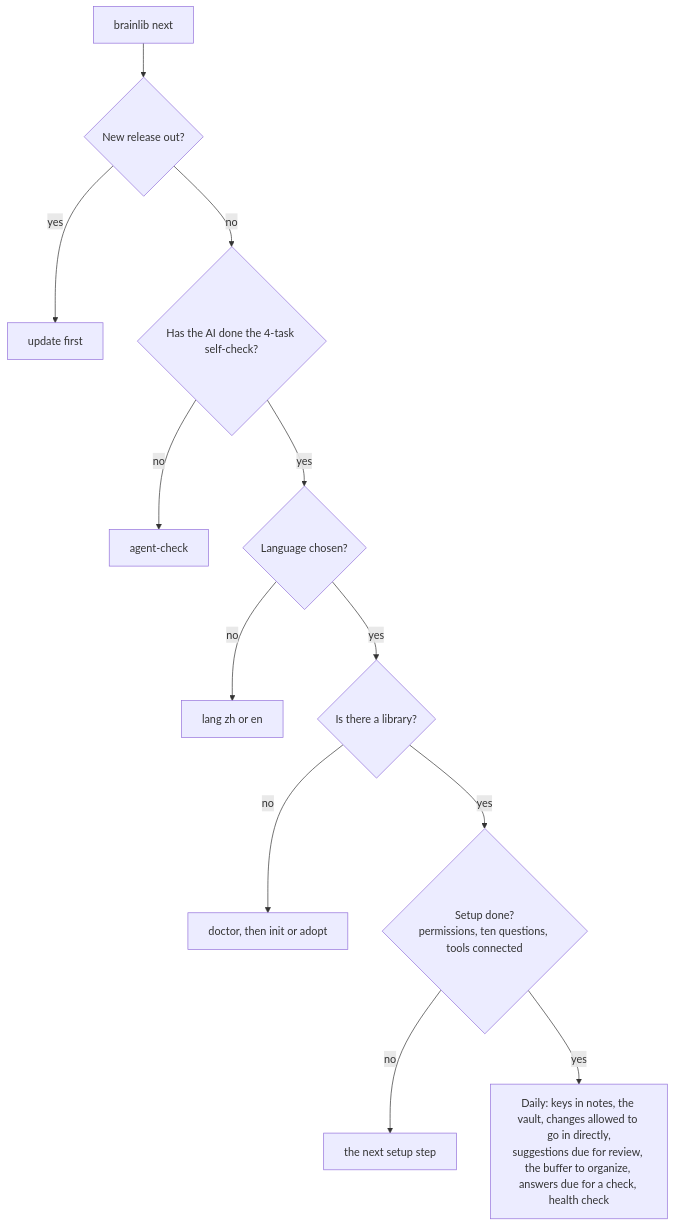
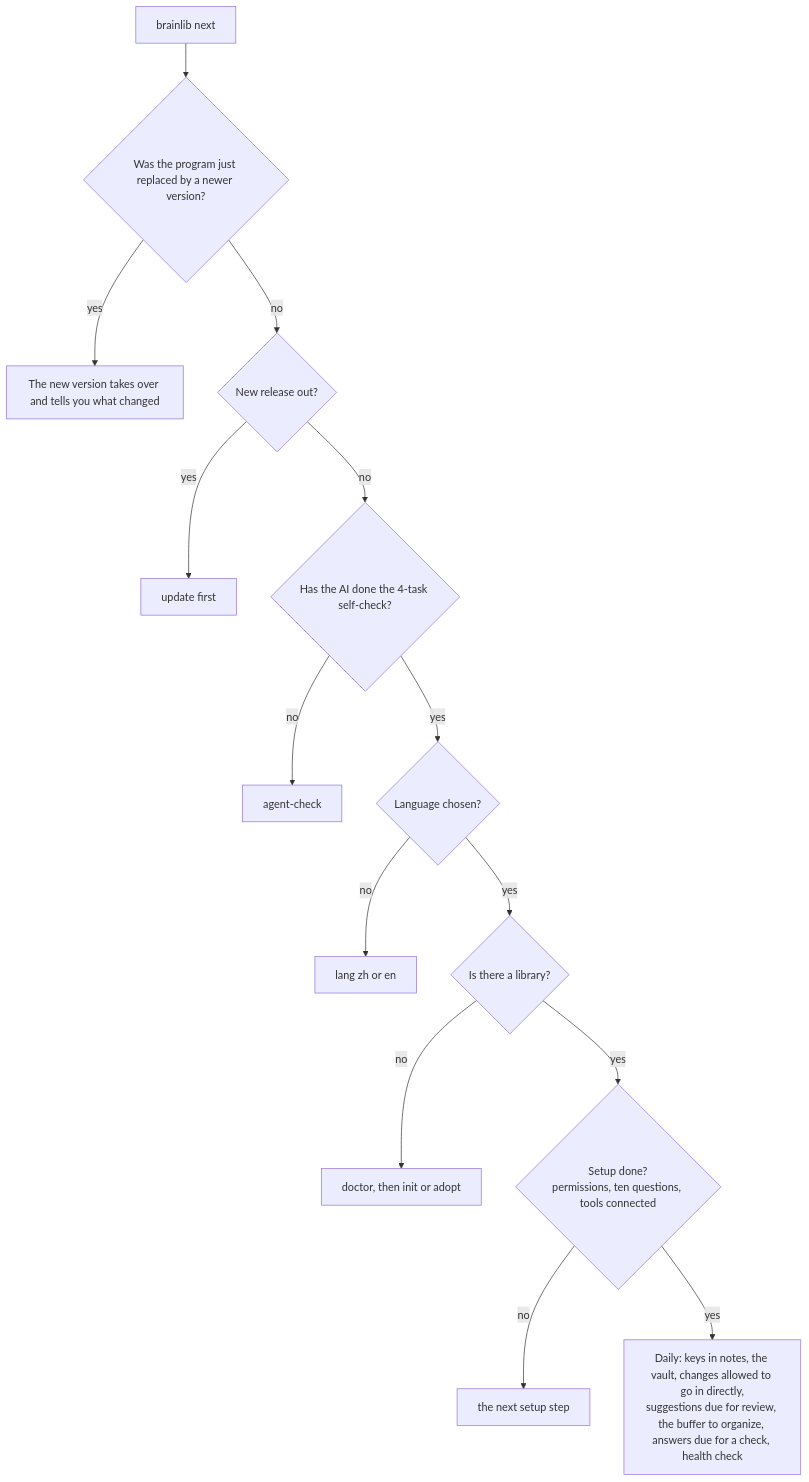
One commit to mingweima/brainlib changed the fourth of 5 diagrams in README.en.md. Above: the diagram before and after it, drawn with Mermaid. The commit also changed other lines of this file and 11 other files, not shown here.

````diff
--- a/README.en.md
+++ b/README.en.md
@@ -186,14 +186,16 @@
 ```mermaid
 flowchart TD
-    S["brainlib next"] --> UP{"New release out?"}
+    S["brainlib next"] --> NEW{"Was the program just replaced by a newer version?"}
+    NEW -->|"yes"| TELL["The new version takes over and tells you what changed"]
+    NEW -->|"no"| UP{"New release out?"}
     UP -->|"yes"| U["update first"]
     UP -->|"no"| AC{"Has the AI done the 4-task self-check?"}
     AC -->|"no"| ACK["agent-check"]
     AC -->|"yes"| LG{"Language chosen?"}
     LG -->|"no"| L["lang zh or en"]
     LG -->|"yes"| LB{"Is there a library?"}
     LB -->|"no"| IN["doctor, then init or adopt"]
     LB -->|"yes"| SET{"Setup done?<br>permissions, ten questions, tools connected"}
     SET -->|"no"| ONE["the next setup step"]
     SET -->|"yes"| DAY["Daily: keys in notes, the vault, changes allowed to go in directly,<br>suggestions due for review, the buffer to organize, answers due for a check, health check"]
 ```
````
